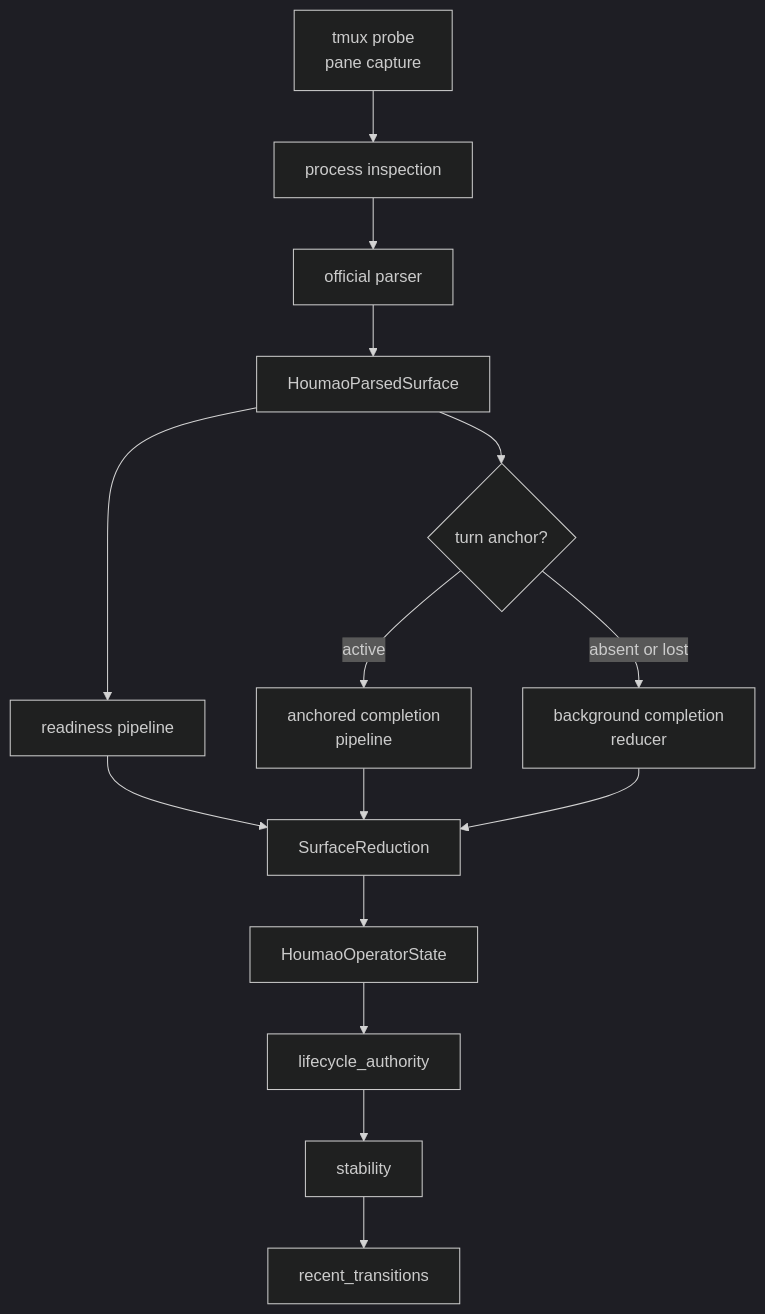
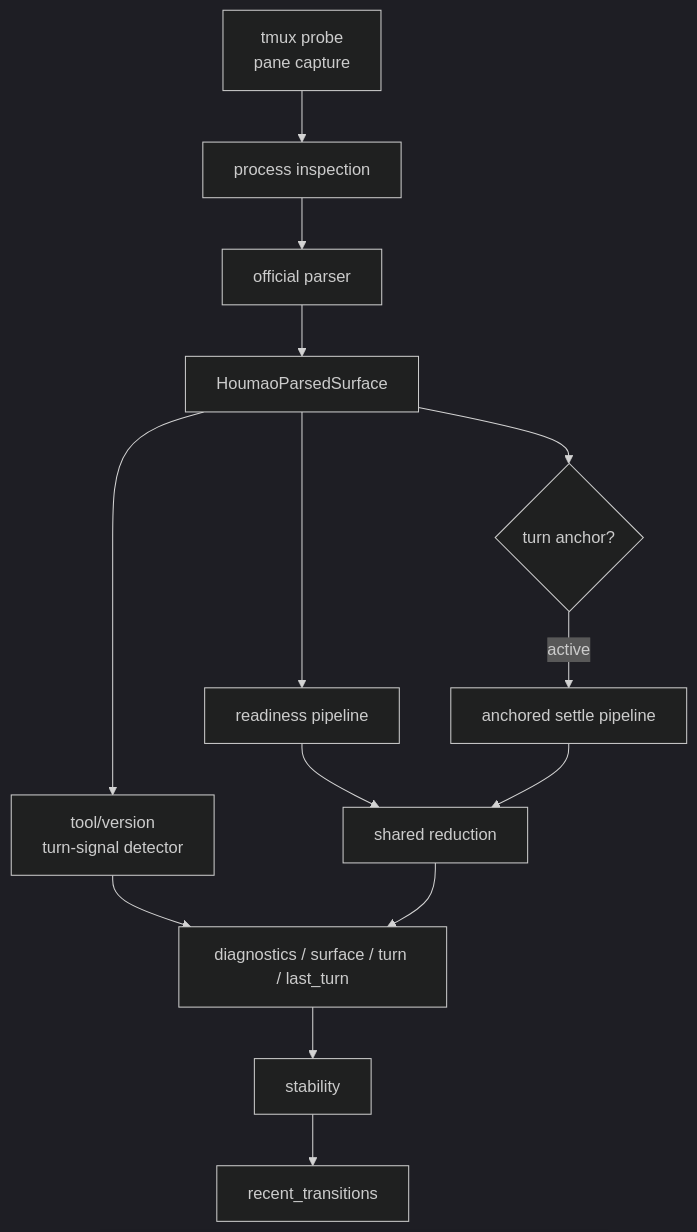
Before and after one commit to igamenovoer/houmao: the diagram in docs/developer/houmao-server/state-tracking.md, drawn with Mermaid (dark theme). The commit also changed other lines of this file and 59 other files, not shown here.

````diff
--- a/docs/developer/houmao-server/state-tracking.md
+++ b/docs/developer/houmao-server/state-tracking.md
@@ -11,26 +39,25 @@
 ```mermaid
 flowchart TD
     Probe["tmux probe<br/>pane capture"]
     Proc["process inspection"]
     Parse["official parser"]
     Surf["HoumaoParsedSurface"]
+    Detect["tool/version<br/>turn-signal detector"]
     Ready["readiness pipeline"]
     Anchor{"turn anchor?"}
-    Anch["anchored completion<br/>pipeline"]
-    Bg["background completion<br/>reducer"]
-    Reduce["SurfaceReduction"]
-    Oper["HoumaoOperatorState"]
-    Auth["lifecycle_authority"]
+    Anch["anchored settle pipeline"]
+    Reduce["shared reduction"]
+    Public["diagnostics / surface / turn / last_turn"]
     Stable["stability"]
     Hist["recent_transitions"]
 
     Probe --> Proc --> Parse --> Surf
+    Surf --> Detect
     Surf --> Ready
     Surf --> Anchor
     Anchor -->|active| Anch
-    Anchor -->|absent or lost| Bg
     Ready --> Reduce
     Anch --> Reduce
-    Bg --> Reduce
-    Reduce --> Oper --> Auth --> Stable --> Hist
+    Detect --> Public
+    Reduce --> Public --> Stable --> Hist
 ```
````
